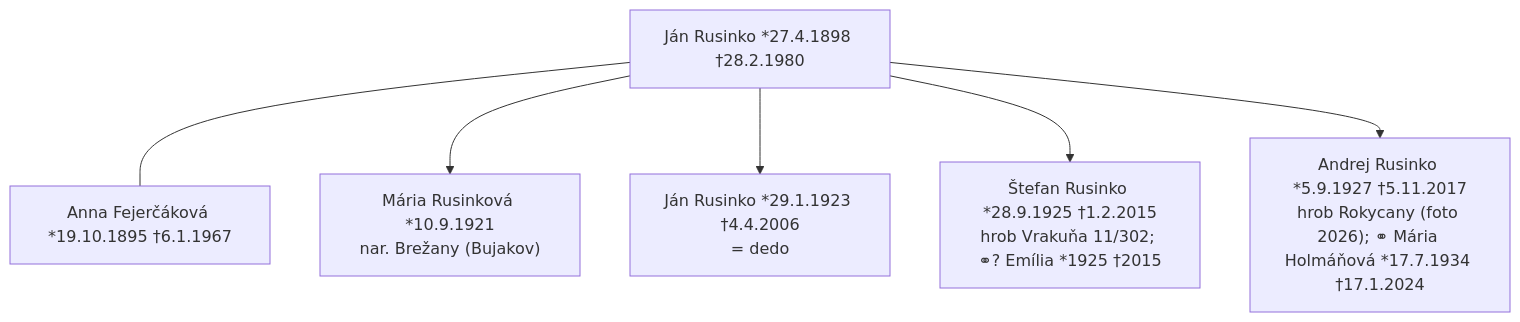
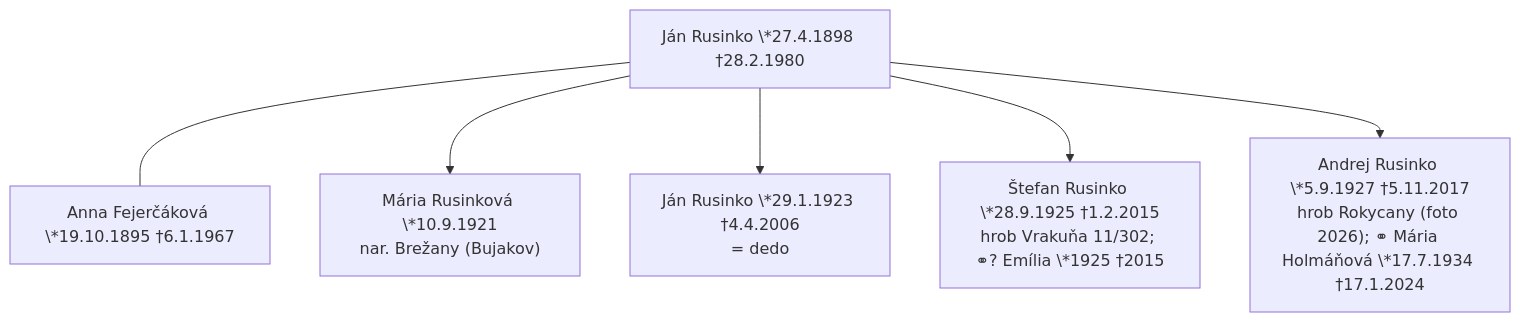
The fourth of 6 diagrams in docs/rodokmen.md (vrusi/genealogia), drawn with Mermaid before and after one commit. The commit also changed other lines of this file and 17 other files, not shown here.

````diff
--- a/docs/rodokmen.md
+++ b/docs/rodokmen.md
@@ -146,8 +146,8 @@
 ```mermaid
 graph TD
-  JR98["Ján Rusinko *27.4.1898 †28.2.1980"] --- AF["Anna Fejerčáková *19.10.1895 †6.1.1967"]
-  JR98 --> M21["Mária Rusinková *10.9.1921<br>nar. Brežany (Bujakov)"]
-  JR98 --> J23["Ján Rusinko *29.1.1923 †4.4.2006<br>= dedo"]
-  JR98 --> S25["Štefan Rusinko *28.9.1925 †1.2.2015<br>hrob Vrakuňa 11/302; ⚭? Emília *1925 †2015"]
-  JR98 --> A27["Andrej Rusinko *5.9.1927 †5.11.2017<br>hrob Rokycany (foto 2026); ⚭ Mária Holmáňová *17.7.1934 †17.1.2024"]
+  JR98["Ján Rusinko \*27.4.1898 †28.2.1980"] --- AF["Anna Fejerčáková \*19.10.1895 †6.1.1967"]
+  JR98 --> M21["Mária Rusinková \*10.9.1921<br>nar. Brežany (Bujakov)"]
+  JR98 --> J23["Ján Rusinko \*29.1.1923 †4.4.2006<br>= dedo"]
+  JR98 --> S25["Štefan Rusinko \*28.9.1925 †1.2.2015<br>hrob Vrakuňa 11/302; ⚭? Emília \*1925 †2015"]
+  JR98 --> A27["Andrej Rusinko \*5.9.1927 †5.11.2017<br>hrob Rokycany (foto 2026); ⚭ Mária Holmáňová \*17.7.1934 †17.1.2024"]
 ```
````
